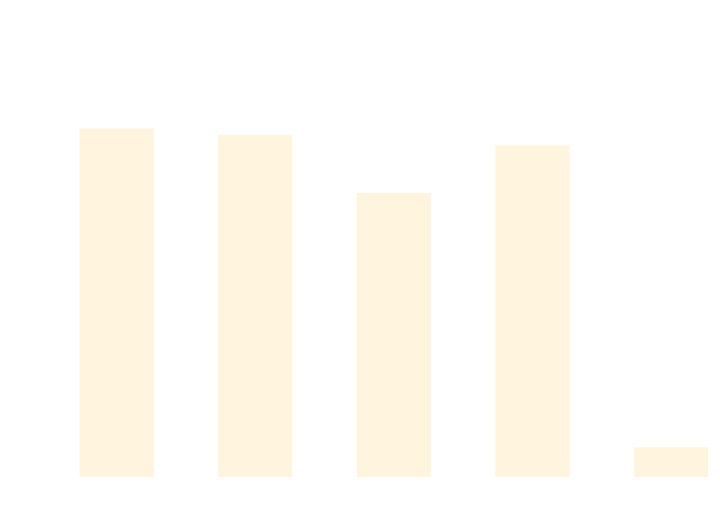
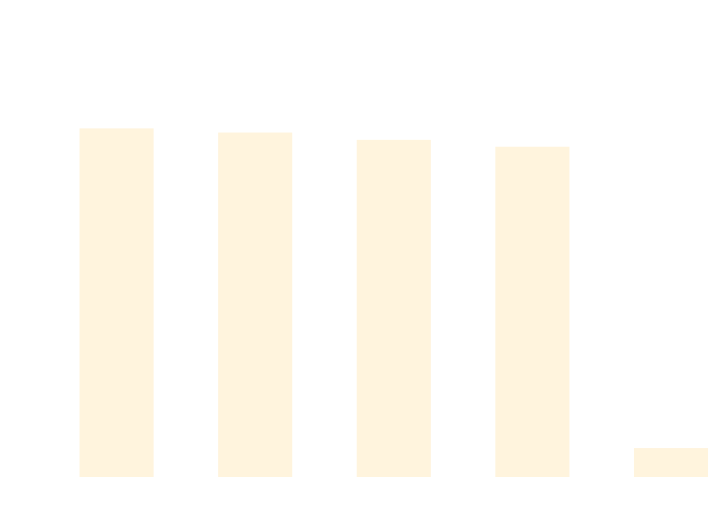
Before and after one commit to thomhurst/TUnit: the diagram in docs/docs/benchmarks/ScaleTests.md, drawn with Mermaid. The commit also changed other lines of this file and 16 other files, not shown here.

````diff
--- a/docs/docs/benchmarks/ScaleTests.md
+++ b/docs/docs/benchmarks/ScaleTests.md
@@ -27,37 +27,37 @@
 ```mermaid
 %%{init: {
   'theme':'base',
   'themeVariables': {
     'primaryColor': '#2563eb',
     'primaryTextColor': '#ffffff',
     'primaryBorderColor': '#1e40af',
     'lineColor': '#6b7280',
     'secondaryColor': '#7c3aed',
     'tertiaryColor': '#dc2626',
     'background': '#ffffff',
     'mainBkg': '#2563eb',
     'secondBkg': '#7c3aed',
     'tertiaryBkg': '#dc2626',
     'clusterBkg': '#f3f4f6',
     'edgeLabelBackground': '#ffffff',
     'tertiaryTextColor': '#1f2937',
     'pie1': '#2563eb',
     'pie2': '#7c3aed',
     'pie3': '#dc2626',
     'pie4': '#f59e0b',
     'pie5': '#10b981',
     'pie6': '#06b6d4',
     'pie7': '#ec4899',
     'pie8': '#6366f1',
     'pie9': '#84cc16',
     'pie10': '#f97316',
     'pie11': '#14b8a6',
     'pie12': '#a855f7'
   }
 }}%%
 xychart-beta
   title "ScaleTests Performance Comparison"
   x-axis ["TUnit", "NUnit", "MSTest", "xUnit3", "TUnit_AOT"]
-  y-axis "Time (ms)" 0 --> 734
-  bar [611.01, 599.68, 495.4, 580.68, 39.1]
+  y-axis "Time (ms)" 0 --> 797
+  bar [663.73, 655.64, 641.4, 628, 40.76]
 ```
````
